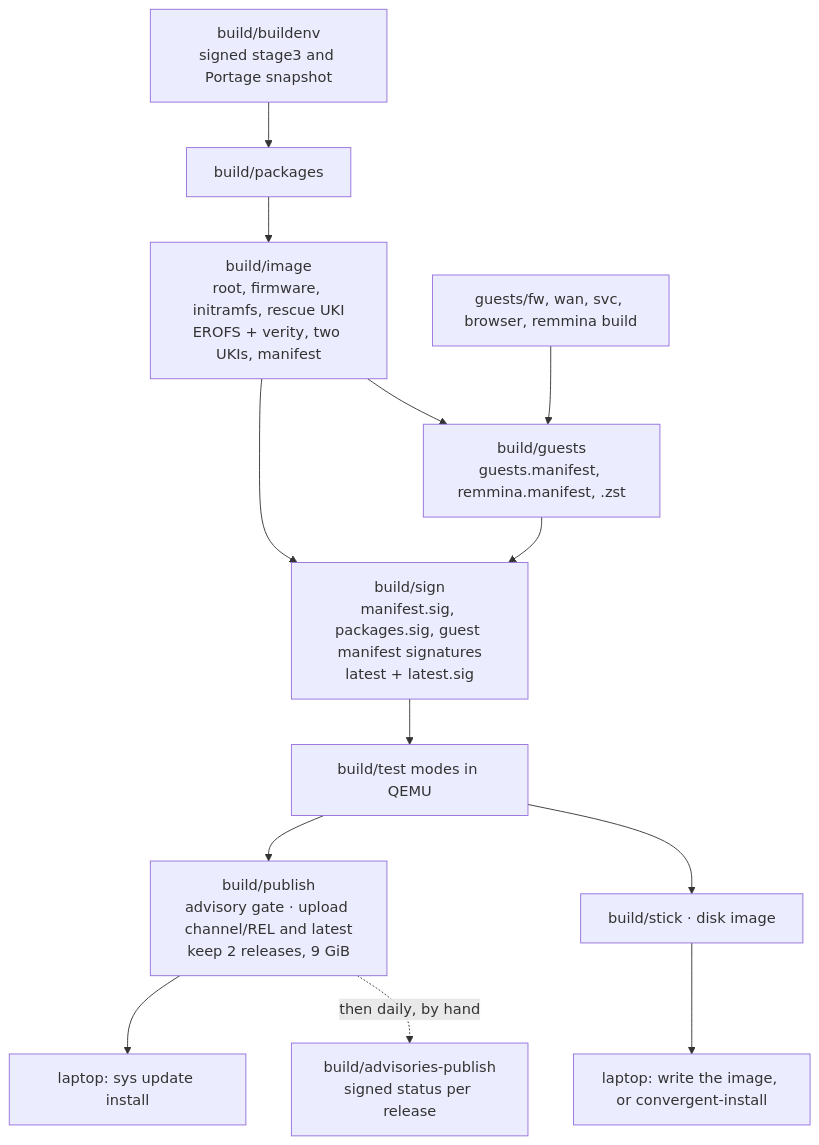
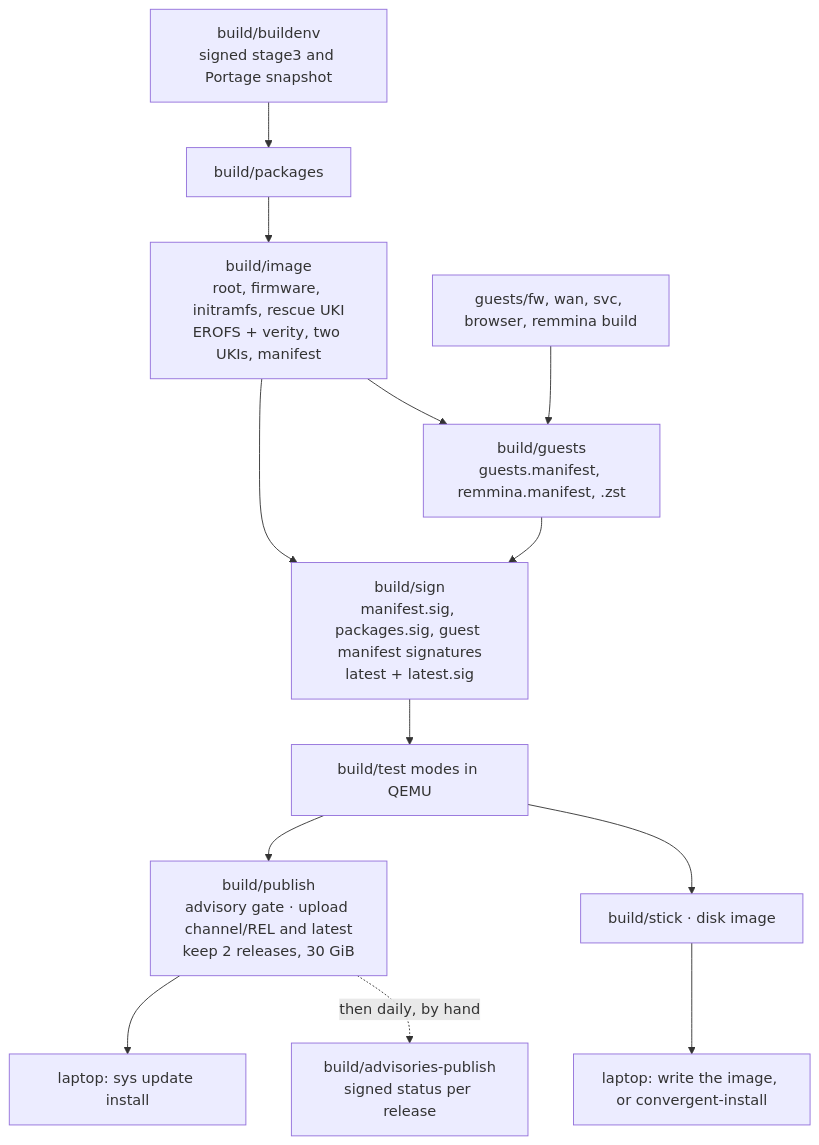
The diagram in BUILD.md (svkadmin/convergent), drawn with Mermaid before and after one commit. The commit also changed other lines of this file and 1 other file, not shown here.

Commit message:
publish: docs: the bucket cap is 30 GiB, since the install image will sit beside the releases and R2 past its free 10 GB costs cents a month (owner decision 2026-11-08)

````diff
--- a/BUILD.md
+++ b/BUILD.md
@@ -8,22 +8,22 @@
 ```mermaid
 flowchart TD
   E["build/buildenv<br/>signed stage3 and Portage snapshot"]
   P["build/packages"]
   I["build/image<br/>root, firmware, initramfs, rescue UKI<br/>EROFS + verity, two UKIs, manifest"]
   G["guests/fw, wan, svc, browser, remmina build"]
   GM["build/guests<br/>guests.manifest, remmina.manifest, .zst"]
   S["build/sign<br/>manifest.sig, packages.sig, guest manifest signatures<br/>latest + latest.sig"]
   T["build/test modes in QEMU"]
-  PU["build/publish<br/>advisory gate · upload channel/REL and latest<br/>keep 2 releases, 9 GiB"]
+  PU["build/publish<br/>advisory gate · upload channel/REL and latest<br/>keep 2 releases, 30 GiB"]
   ST["build/stick · disk image"]
   L["laptop: sys update install"]
   N["laptop: write the image, or convergent-install"]
   A["build/advisories-publish<br/>signed status per release"]
   E --> P --> I --> S
   G --> GM --> S
   I --> GM
   S --> T
   T --> PU --> L
   T --> ST --> N
   PU -.->|"then daily, by hand"| A
 ```
````
